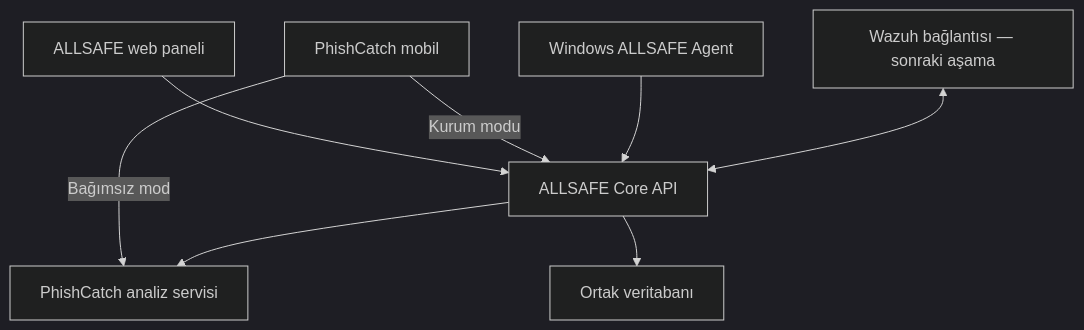
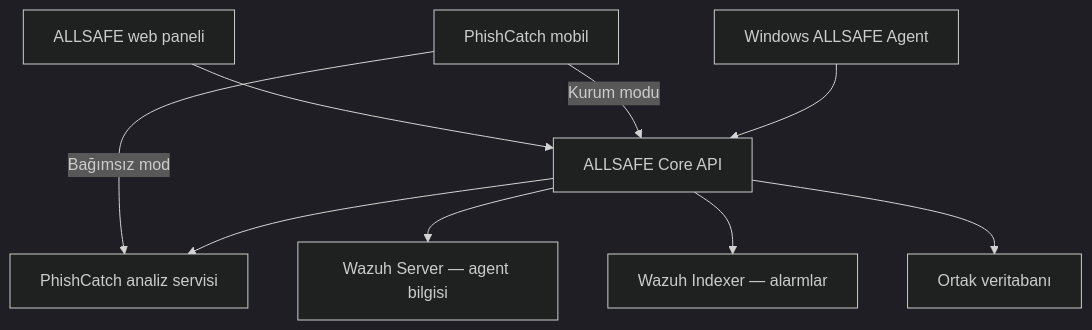
One commit to KeremDuz/ALLSAFE changed the diagram in docs/architecture.md. Above: the diagram before and after it, drawn with Mermaid (dark theme). The commit also changed other lines of this file and 28 other files, not shown here.

````diff
--- a/docs/architecture.md
+++ b/docs/architecture.md
@@ -7,10 +7,11 @@
 ```mermaid
 flowchart TB
     Panel["ALLSAFE web paneli"] --> Core["ALLSAFE Core API"]
     Mobile["PhishCatch mobil"] -->|"Kurum modu"| Core
     Mobile -->|"Bağımsız mod"| Phish["PhishCatch analiz servisi"]
     Core --> Phish
     Agent["Windows ALLSAFE Agent"] --> Core
-    Wazuh["Wazuh bağlantısı — sonraki aşama"] <--> Core
+    Core --> Server["Wazuh Server — agent bilgisi"]
+    Core --> Indexer["Wazuh Indexer — alarmlar"]
     Core --> Database["Ortak veritabanı"]
 ```
````
